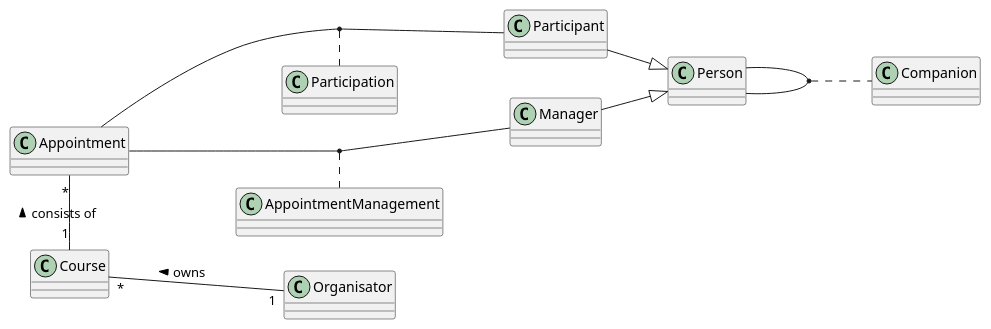
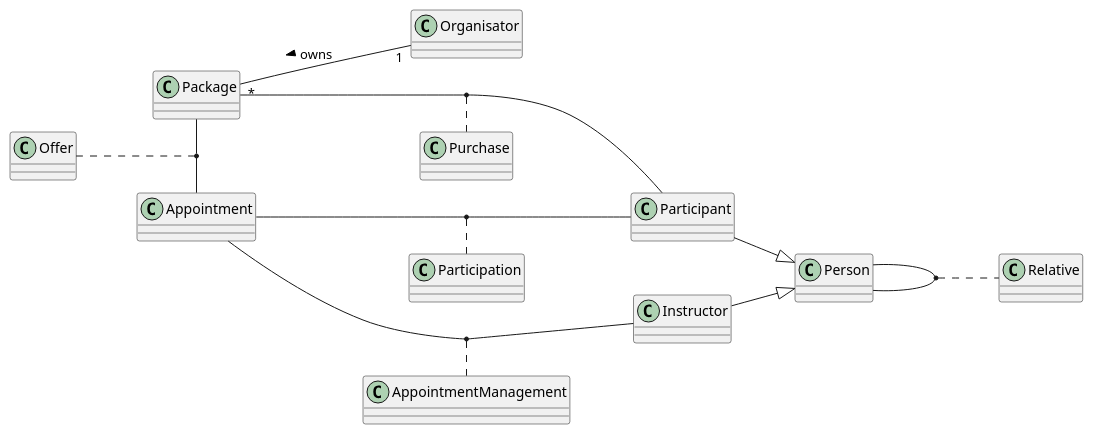
Before and after one commit to 2324-4bhif-syp/2324-4bhif-syp-project-kurstermine: the diagram in asciidocs/plantuml/cld.puml, drawn with PlantUML. The commit also changed other lines of this file, not shown here.

Commit message:
244bkt-14 fix: small changes in cld

```diff
--- a/asciidocs/plantuml/cld.puml
+++ b/asciidocs/plantuml/cld.puml
@@ -1,30 +1,32 @@
 @startuml
 left to right direction
 
-class Course {
+class Package {
 }
 
 class Appointment {
 }
 
 class Participant {
 }
 
 class Organisator {
 }
 
-class Manager {
+class Instructor {
 }
 
 class Person {
 }
 
-Course "1"-left-"*" Appointment: > consists of
-Course "*"--"1" Organisator: < owns
-Manager --|> Person
+Package -left- Appointment
+Package "*"--"1" Organisator: < owns
+Instructor --|> Person
 Participant --|> Person
+Offer .. (Package, Appointment)
+(Appointment, Instructor) .. AppointmentManagement
 (Appointment, Participant) .. Participation
-(Appointment, Manager) .. AppointmentManagement
-(Person, Person) .. Companion
+(Package, Participant) .. Purchase
+(Person, Person) .. Relative
 
 @enduml
```
